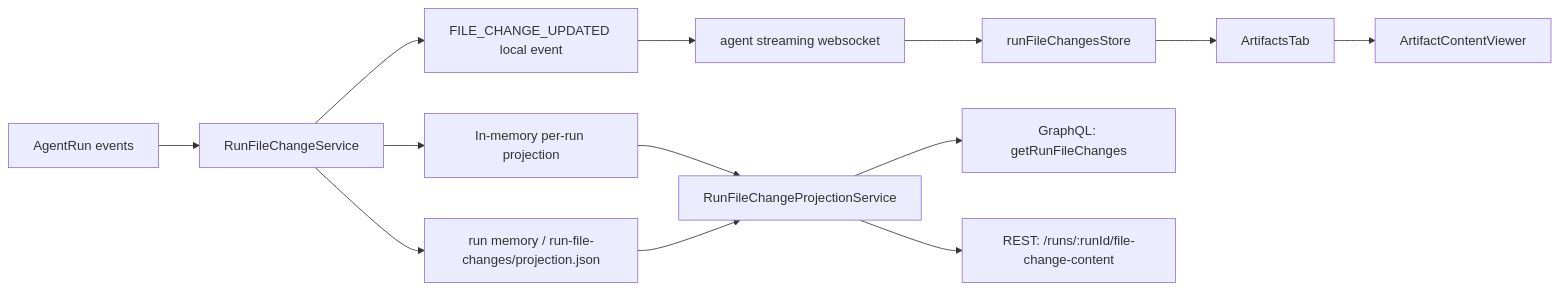
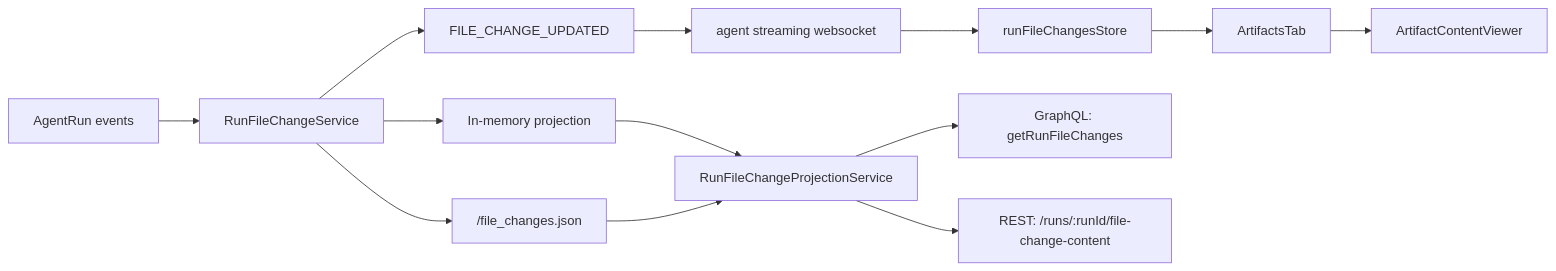
Before and after one commit to AutoByteus/autobyteus-workspace: the diagram in autobyteus-web/docs/agent_artifacts.md, drawn with Mermaid. The commit also changed other lines of this file and 63 other files, not shown here.

````diff
--- a/autobyteus-web/docs/agent_artifacts.md
+++ b/autobyteus-web/docs/agent_artifacts.md
@@ -53,16 +41,16 @@
 ```mermaid
 flowchart LR
   A["AgentRun events"] --> B["RunFileChangeService"]
-  B --> C["In-memory per-run projection"]
-  B --> D["run memory / run-file-changes/projection.json"]
-  B --> E["FILE_CHANGE_UPDATED local event"]
+  B --> C["In-memory projection"]
+  B --> D["<memoryDir>/file_changes.json"]
+  B --> E["FILE_CHANGE_UPDATED"]
   E --> F["agent streaming websocket"]
   F --> G["runFileChangesStore"]
   G --> H["ArtifactsTab"]
   H --> I["ArtifactContentViewer"]
 
   C --> J["RunFileChangeProjectionService"]
   D --> J
   J --> K["GraphQL: getRunFileChanges"]
   J --> L["REST: /runs/:runId/file-change-content"]
 ```
````
